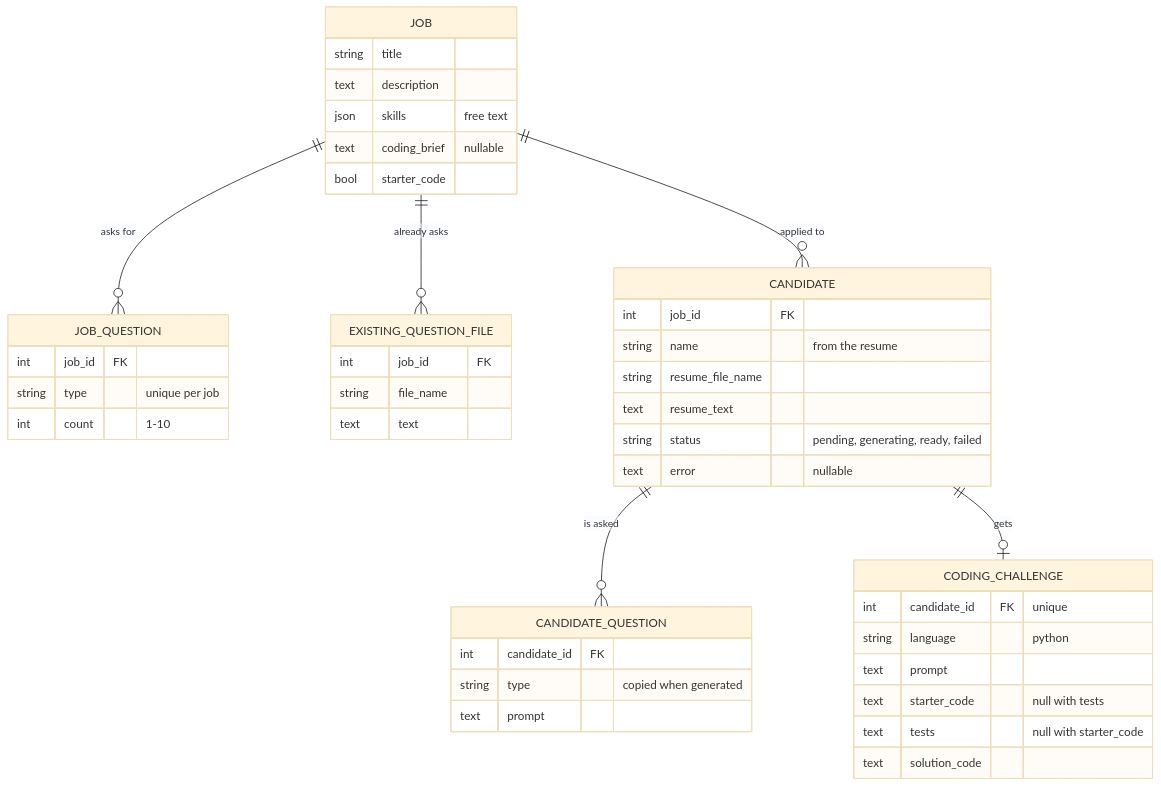
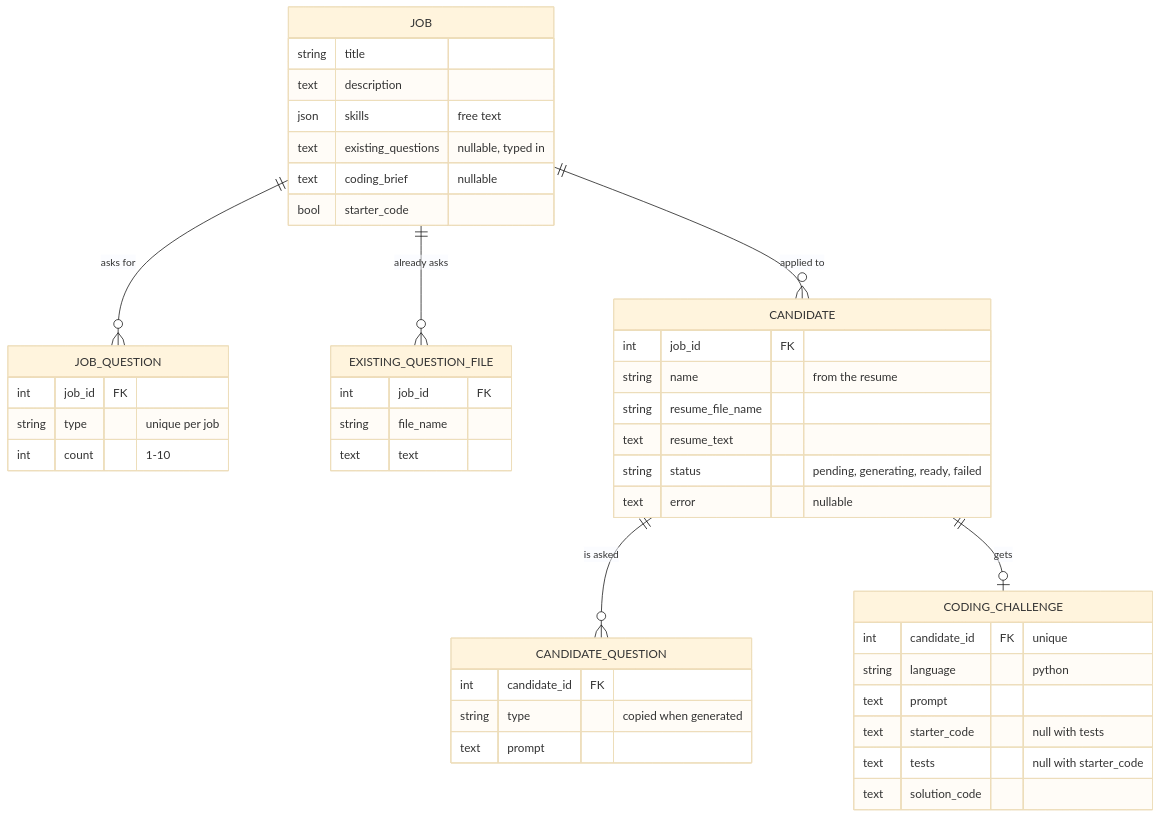
Before and after one commit to brownerfox/rotj_homecoming_hackathon: the diagram in app/back_end/README.md, drawn with Mermaid (base theme). The commit also changed other lines of this file and 30 other files, not shown here.

````diff
--- a/app/back_end/README.md
+++ b/app/back_end/README.md
@@ -78,47 +80,48 @@
 ```mermaid
 erDiagram
     JOB ||--o{ JOB_QUESTION : "asks for"
     JOB ||--o{ EXISTING_QUESTION_FILE : "already asks"
     JOB ||--o{ CANDIDATE : "applied to"
     CANDIDATE ||--o{ CANDIDATE_QUESTION : "is asked"
     CANDIDATE ||--o| CODING_CHALLENGE : "gets"
 
     JOB {
         string title
         text description
         json skills "free text"
+        text existing_questions "nullable, typed in"
         text coding_brief "nullable"
         bool starter_code
     }
     JOB_QUESTION {
         int job_id FK
         string type "unique per job"
         int count "1-10"
     }
     EXISTING_QUESTION_FILE {
         int job_id FK
         string file_name
         text text
     }
     CANDIDATE {
         int job_id FK
         string name "from the resume"
         string resume_file_name
         text resume_text
         string status "pending, generating, ready, failed"
         text error "nullable"
     }
     CANDIDATE_QUESTION {
         int candidate_id FK
         string type "copied when generated"
         text prompt
     }
     CODING_CHALLENGE {
         int candidate_id FK "unique"
         string language "python"
         text prompt
         text starter_code "null with tests"
         text tests "null with starter_code"
         text solution_code
     }
 ```
````
